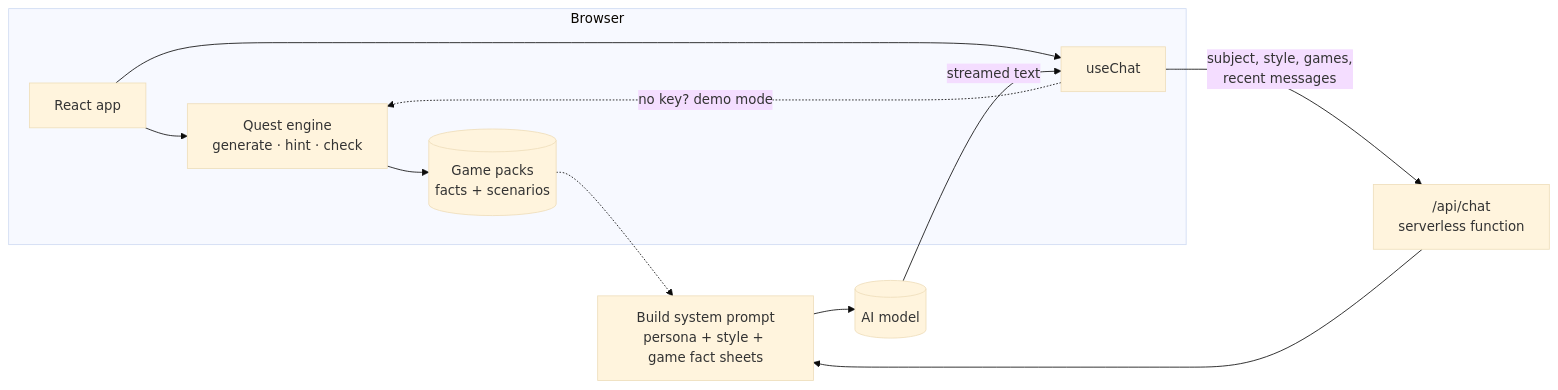
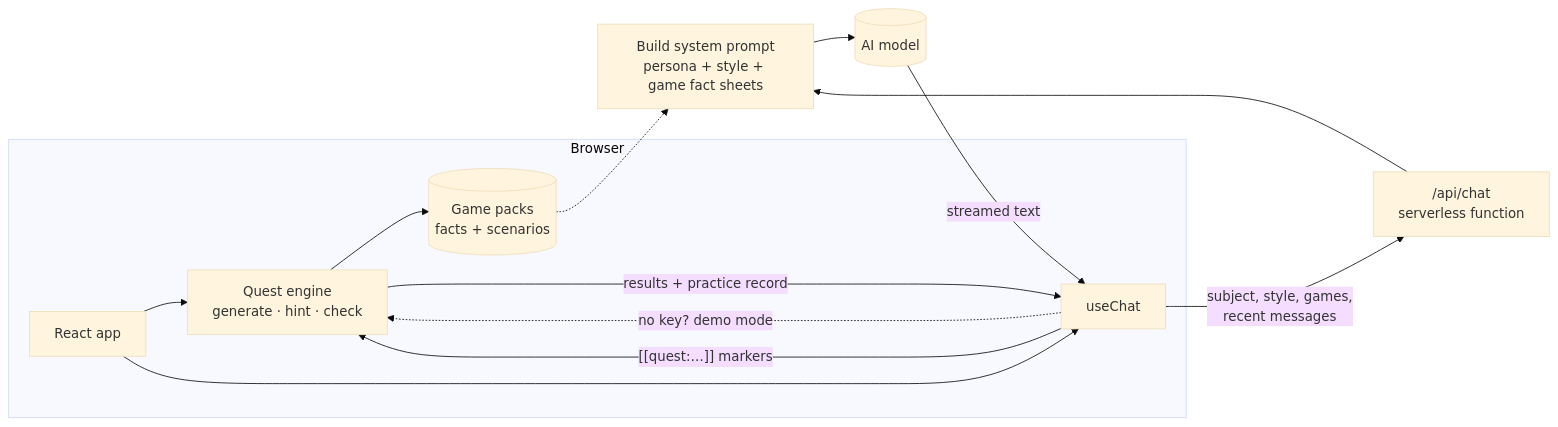
Before and after one commit to LubaKaper/SvetiClaude: the diagram in README.md, drawn with Mermaid (base theme). The commit also changed other lines of this file and 24 other files, not shown here.

````diff
--- a/README.md
+++ b/README.md
@@ -70,14 +81,16 @@
 ```mermaid
 flowchart LR
     subgraph Browser
         UI[React app] --> Q[Quest engine<br/>generate · hint · check]
         UI --> C[useChat]
         Q --> G[(Game packs<br/>facts + scenarios)]
     end
     C -- "subject, style, games,<br/>recent messages" --> API["/api/chat<br/>serverless function"]
     API --> P[Build system prompt<br/>persona + style + game fact sheets]
     G -.-> P
     P --> AI[(AI model)]
     AI -- streamed text --> C
     C -. "no key? demo mode" .-> Q
+    C -- "[[quest:…]] markers" --> Q
+    Q -- "results + practice record" --> C
 ```
````
